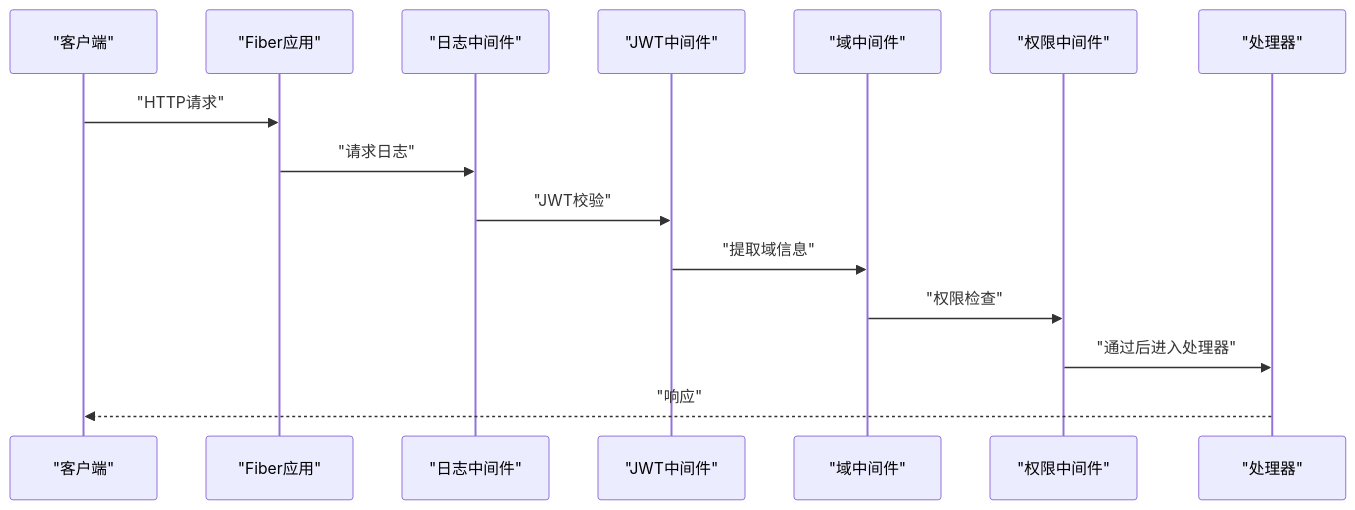
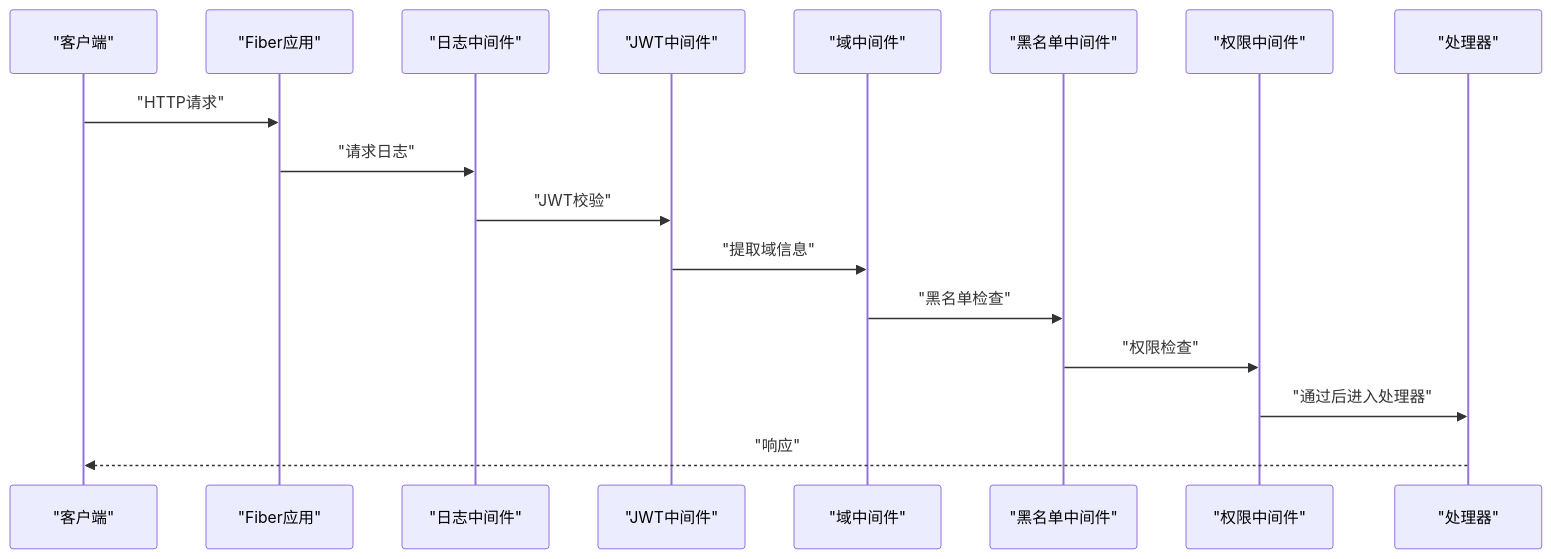
The fifth of 8 diagrams in .qoder/repowiki/zh/content/开发指南/开发指南.md (wuwuseo/e-sports-go-admin), drawn with Mermaid before and after one commit. The commit also changed other lines of this file and 42 other files, not shown here.

````diff
--- a/.qoder/repowiki/zh/content/开发指南/开发指南.md
+++ b/.qoder/repowiki/zh/content/开发指南/开发指南.md
@@ -187,17 +199,19 @@
 ```mermaid
 sequenceDiagram
 participant C as "客户端"
 participant F as "Fiber应用"
 participant L as "日志中间件"
 participant J as "JWT中间件"
 participant D as "域中间件"
+participant B as "黑名单中间件"
 participant P as "权限中间件"
 participant H as "处理器"
 C->>F : "HTTP请求"
 F->>L : "请求日志"
 L->>J : "JWT校验"
 J->>D : "提取域信息"
-D->>P : "权限检查"
+D->>B : "黑名单检查"
+B->>P : "权限检查"
 P->>H : "通过后进入处理器"
 H-->>C : "响应"
 ```
````
